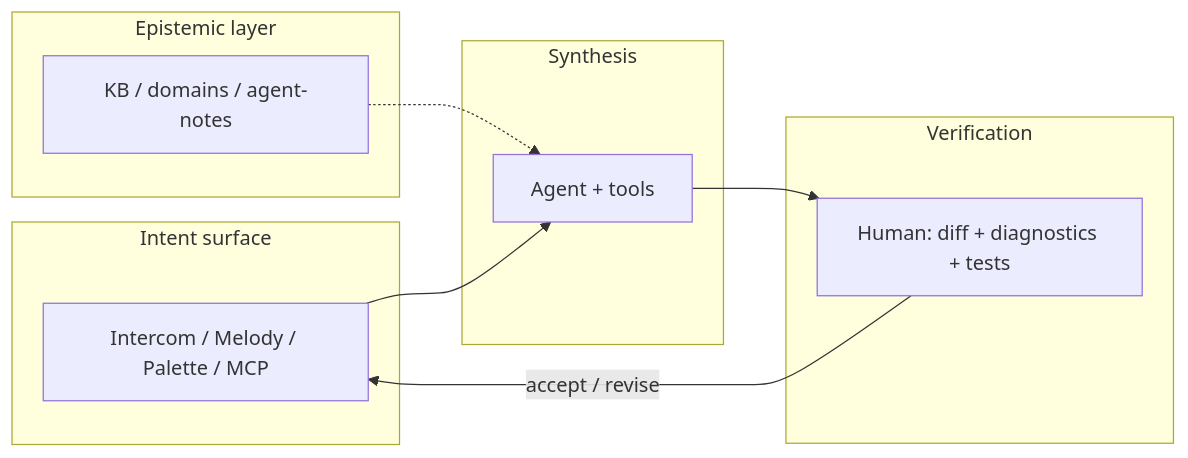
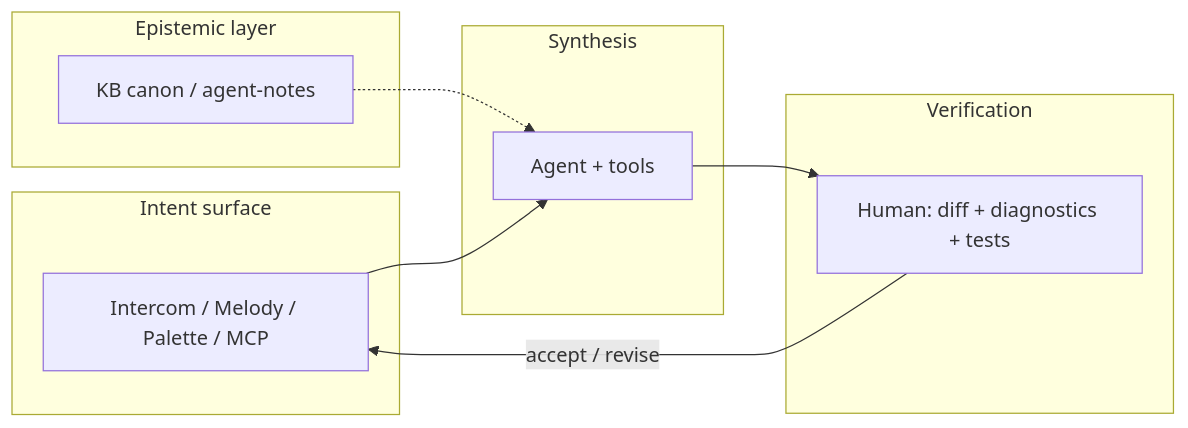
Before and after one commit to AI-Guiders/cascade-ide: the diagram in docs/en/iop-manifest-v1.md, drawn with Mermaid. The commit also changed other lines of this file and 3 other files, not shown here.

````diff
--- a/docs/en/iop-manifest-v1.md
+++ b/docs/en/iop-manifest-v1.md
@@ -40,19 +40,19 @@
 ```mermaid
 flowchart LR
   subgraph intent ["Intent surface"]
     I["Intercom / Melody / Palette / MCP"]
   end
   subgraph synth ["Synthesis"]
     A["Agent + tools"]
   end
   subgraph verify ["Verification"]
     H["Human: diff + diagnostics + tests"]
   end
   subgraph knowledge ["Epistemic layer"]
-    K["KB / domains / agent-notes"]
+    K["KB canon / agent-notes"]
   end
   I --> A
   K -.-> A
   A --> H
   H -->|"accept / revise"| I
 ```
````
